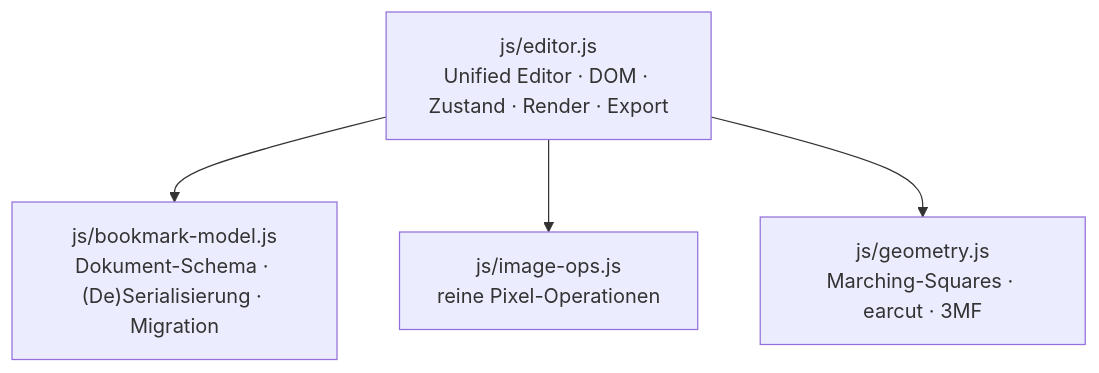
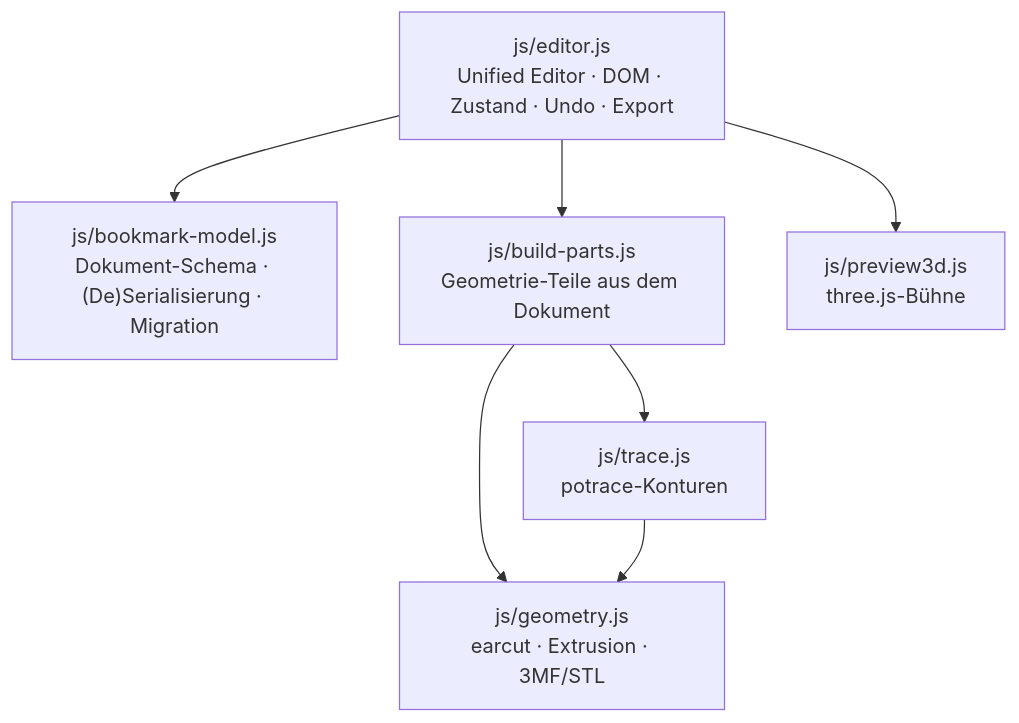
The second of 2 diagrams in README.md (KuroTsubasa1/ukibori), drawn with Mermaid before and after one commit. The commit also changed other lines of this file and 6 other files, not shown here.

````diff
--- a/README.md
+++ b/README.md
@@ -162,10 +240,15 @@
 ```mermaid
 flowchart TD
-    editor["js/editor.js<br/>Unified Editor · DOM · Zustand · Render · Export"]
+    editor["js/editor.js<br/>Unified Editor · DOM · Zustand · Undo · Export"]
     bm["js/bookmark-model.js<br/>Dokument-Schema · (De)Serialisierung · Migration"]
-    img["js/image-ops.js<br/>reine Pixel-Operationen"]
-    geo["js/geometry.js<br/>Marching-Squares · earcut · 3MF"]
+    bp["js/build-parts.js<br/>Geometrie-Teile aus dem Dokument"]
+    tr["js/trace.js<br/>potrace-Konturen"]
+    geo["js/geometry.js<br/>earcut · Extrusion · 3MF/STL"]
+    p3d["js/preview3d.js<br/>three.js-Bühne"]
     editor --> bm
-    editor --> img
-    editor --> geo
+    editor --> bp
+    editor --> p3d
+    bp --> tr
+    bp --> geo
+    tr --> geo
 ```
````
